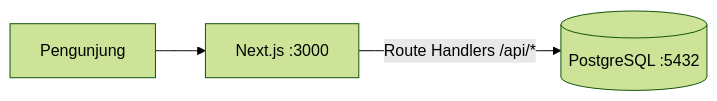
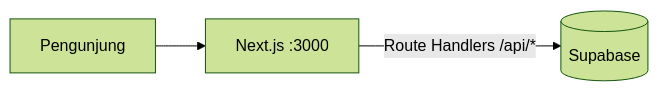
The diagram in README.md (Razerpoa/news-outlet), drawn with Mermaid (forest theme) before and after one commit. The commit also changed other lines of this file and 18 other files, not shown here.

````diff
--- a/README.md
+++ b/README.md
@@ -18,5 +18,5 @@
 ```mermaid
 graph LR
   User[Pengunjung] --> Web[Next.js :3000]
-  Web -->|Route Handlers /api/*| DB[(PostgreSQL :5432)]
+  Web -->|Route Handlers /api/*| DB[(Supabase)]
 ```
````
